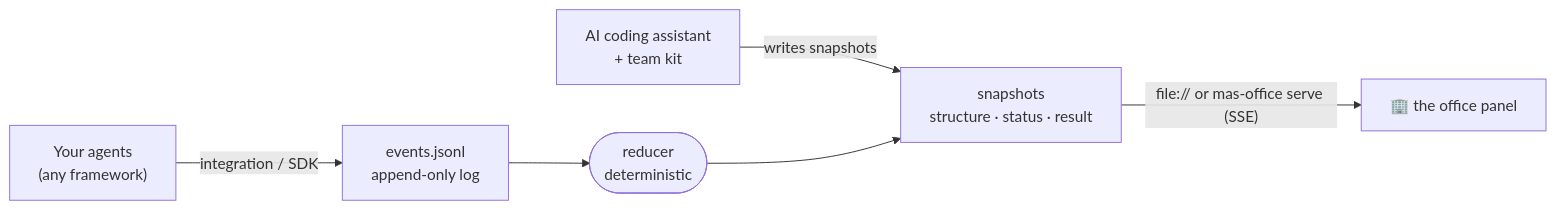
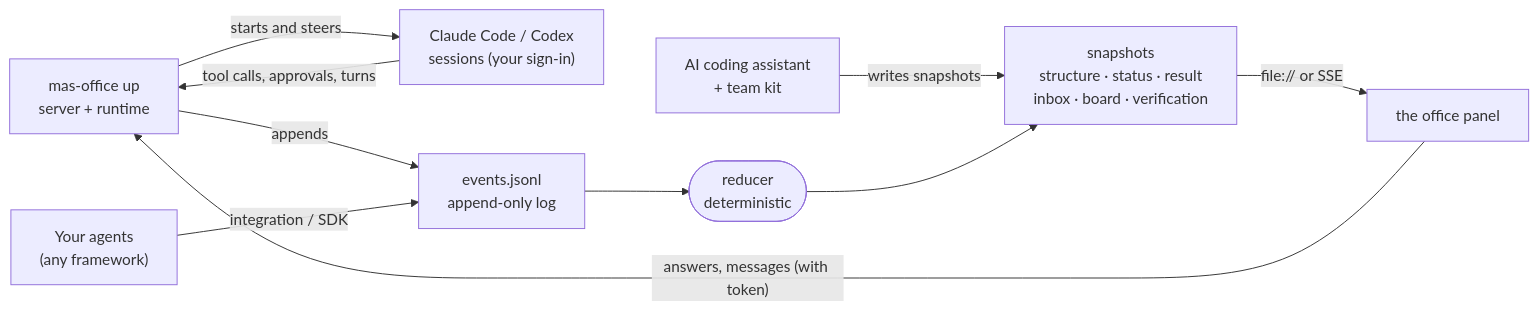
Before and after one commit to zqf20096327/ai_collect: the diagram in data/readmes/weixijia__mas-office.md, drawn with Mermaid. The commit also changed other lines of this file and 3267 other files, not shown here.

````diff
--- a/data/readmes/weixijia__mas-office.md
+++ b/data/readmes/weixijia__mas-office.md
@@ -216,7 +300,11 @@
 ```mermaid
 flowchart LR
-  A["Your agents<br/>(any framework)"] -- "integration / SDK" --> E["events.jsonl<br/>append-only log"]
+  U["mas-office up<br/>server + runtime"] -- "starts and steers" --> W["Claude Code / Codex<br/>sessions (your sign-in)"]
+  W -- "tool calls, approvals, turns" --> U
+  U -- "appends" --> E["events.jsonl<br/>append-only log"]
+  A["Your agents<br/>(any framework)"] -- "integration / SDK" --> E
   K["AI coding assistant<br/>+ team kit"] -- "writes snapshots" --> S
-  E --> R(["reducer<br/>deterministic"]) --> S["snapshots<br/>structure · status · result"]
-  S -- "file:// or mas-office serve (SSE)" --> P["🏢 the office panel"]
+  E --> R(["reducer<br/>deterministic"]) --> S["snapshots<br/>structure · status · result<br/>inbox · board · verification"]
+  S -- "file:// or SSE" --> P["the office panel"]
+  P -- "answers, messages (with token)" --> U
 ```
````
